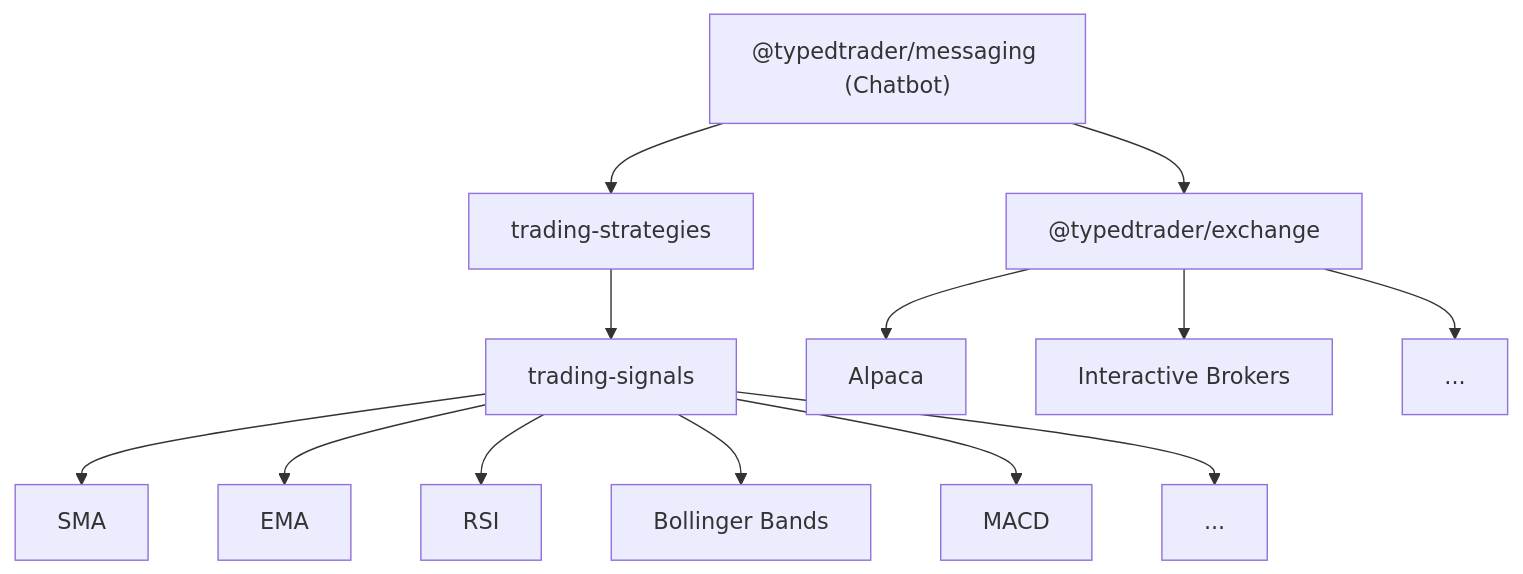
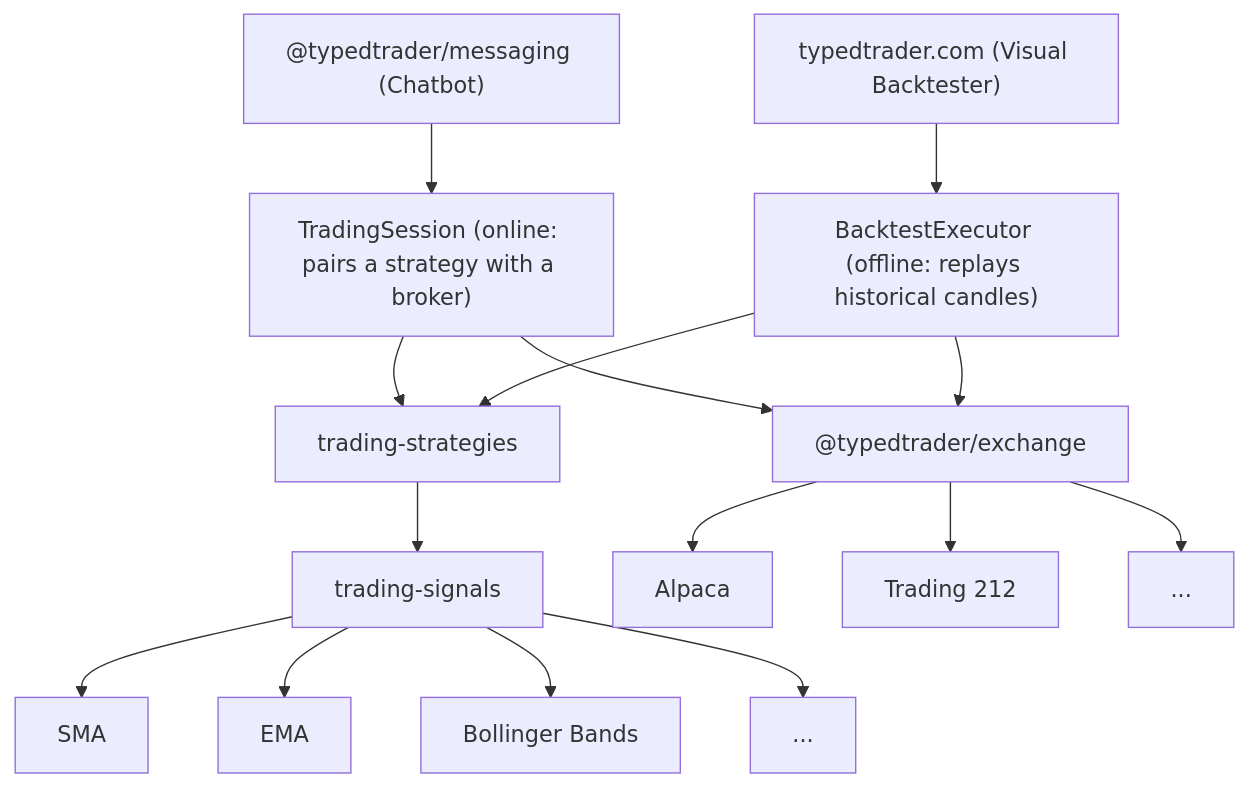
One commit to bennycode/trading-signals changed the diagram in README.md. Above: the diagram before and after it, drawn with Mermaid.

Commit message:
docs: add Trading 212 to diagram

````diff
--- a/README.md
+++ b/README.md
@@ -49,20 +49,23 @@
 ```mermaid
 graph TD
     messaging["@typedtrader/messaging (Chatbot)"]
 
-    messaging --> strategies["trading-strategies"]
-    messaging --> exchange["@typedtrader/exchange"]
+    messaging --> session["TradingSession (online: pairs a strategy with a broker)"]
+    website["typedtrader.com (Visual Backtester)"] --> backtest["BacktestExecutor (offline: replays historical candles)"]
+
+    session --> strategies["trading-strategies"]
+    session --> exchange["@typedtrader/exchange"]
+    backtest --> strategies
+    backtest --> exchange
 
     strategies --> signals["trading-signals"]
 
     signals --> SMA
     signals --> EMA
-    signals --> RSI
     signals --> BBANDS["Bollinger Bands"]
-    signals --> MACD
     signals --> more["..."]
 
     exchange --> Alpaca
-    exchange --> IB["Interactive Brokers"]
+    exchange --> T212["Trading 212"]
     exchange --> more-exchanges["..."]
 ```
````
